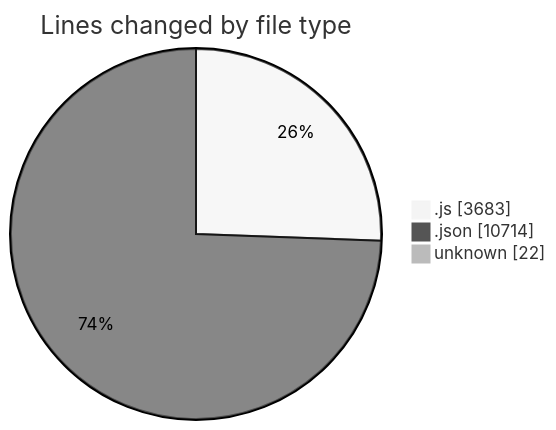
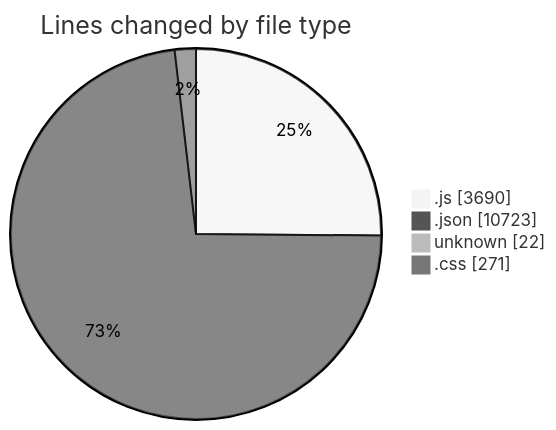
Before and after one commit to momahboobian/code-tracking: the first of 2 diagrams in 2025-01-11/good-pr/README.md, drawn with Mermaid (neutral theme). The commit also changed other lines of this file and 1 other file, not shown here.

````diff
--- a/2025-01-11/good-pr/README.md
+++ b/2025-01-11/good-pr/README.md
@@ -41,7 +44,8 @@
 ```mermaid
 pie showData
 title Lines changed by file type
-".js" : 3683
-".json" : 10714
+".js" : 3690
+".json" : 10723
 "unknown" : 22
+".css" : 271
 ```
````
